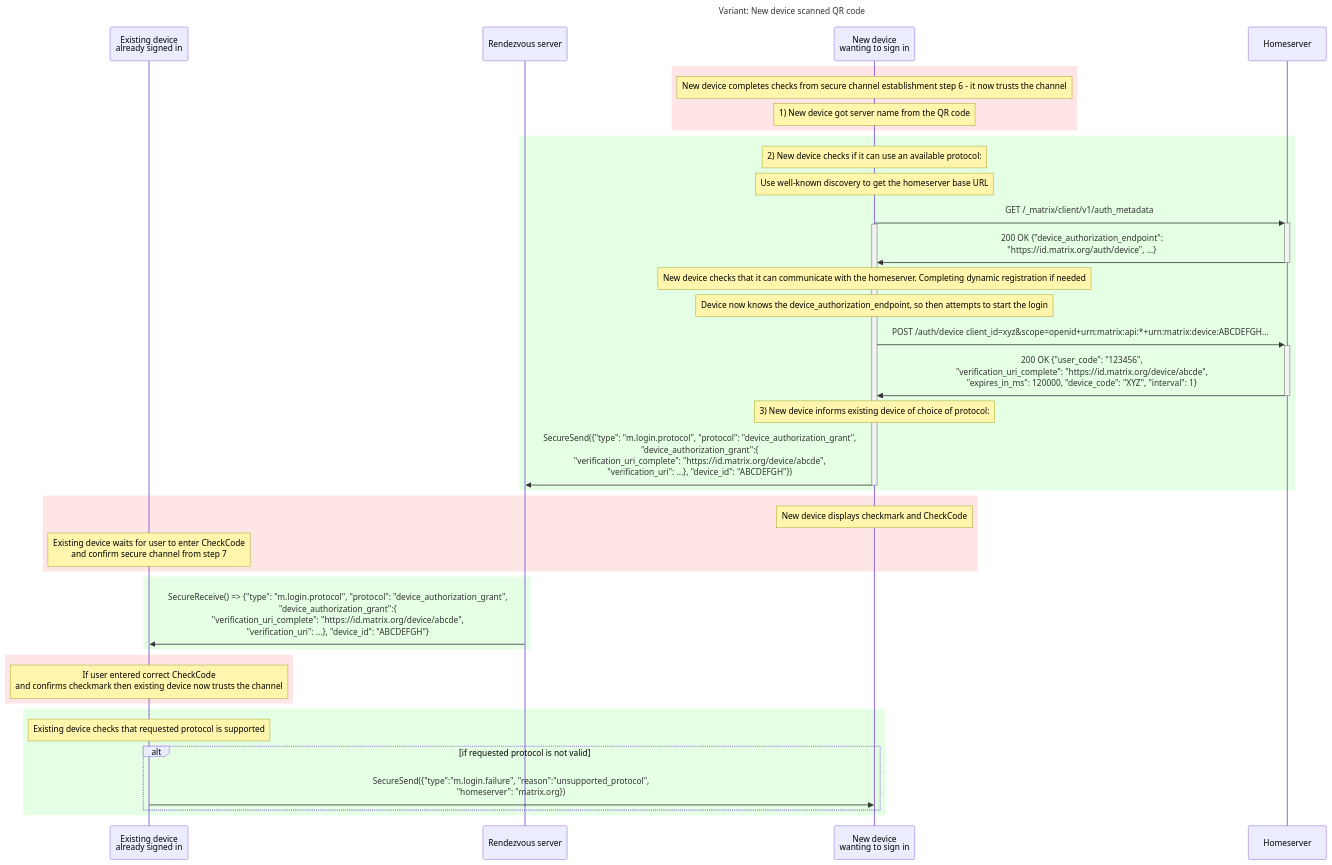
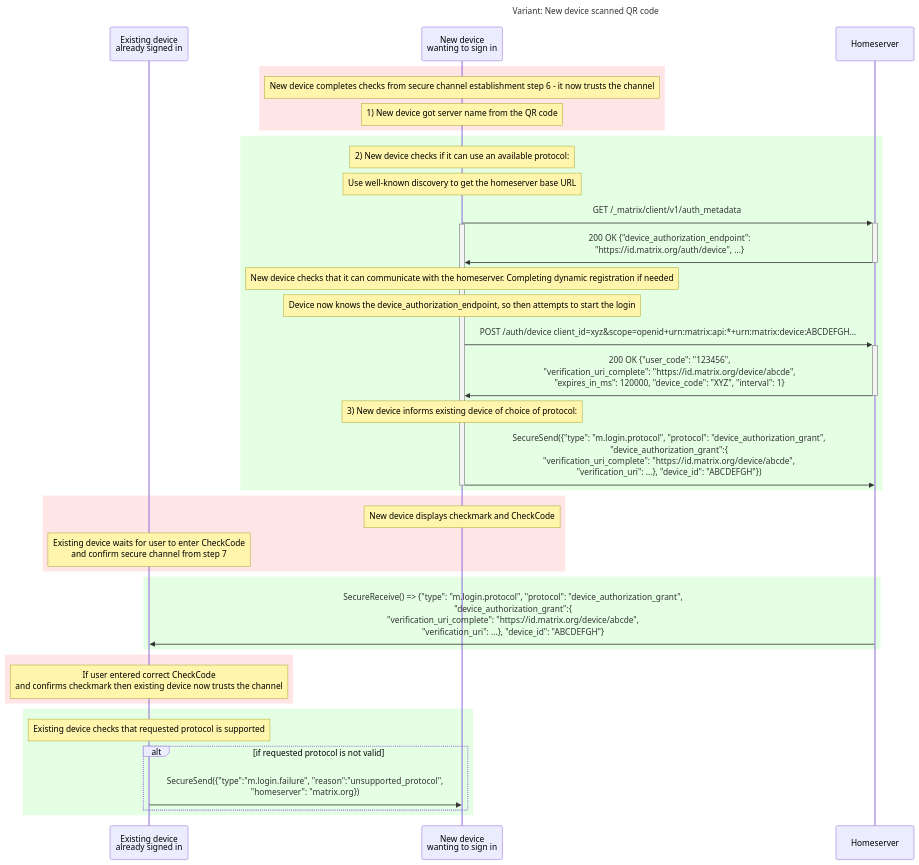
Before and after one commit to matrix-org/matrix-spec-proposals: the third of 6 diagrams in proposals/4108-oidc-qr-login.md, drawn with Mermaid. The commit also changed other lines of this file, not shown here.

Commit message:
Remove further references to rendezvous server

````diff
--- a/proposals/4108-oidc-qr-login.md
+++ b/proposals/4108-oidc-qr-login.md
@@ -815,65 +815,64 @@
 ```mermaid
 sequenceDiagram
     title: Variant: New device scanned QR code
     participant E as Existing device <br>already signed in
-    participant Z as Rendezvous server
     participant N as New device <br>wanting to sign in
     participant HS as Homeserver
 
 
     rect rgba(255,0,0, 0.1)
     #alt if New device scanned QR code
         note over N: New device completes checks from secure channel establishment step 6 - it now trusts the channel
         note over N: 1) New device got server name from the QR code
 
     #else if Existing device scanned QR code
     #    note over E: Existing device completes step 6
     #    note over E: Existing device displays checkmark and CheckCode
     #    note over E: 1) Existing device sends m.login.protocols message
-    #    E->>Z: SecureSend({"type":"m.login.protocols", "protocols":["device_authorization_grant],<br> "homeserver": "matrix.org"})
+    #    E->>HS: SecureSend({"type":"m.login.protocols", "protocols":["device_authorization_grant],<br> "homeserver": "matrix.org"})
     #    note over N: New device waits for user to confirm secure channel from step 7
-    #    Z->>N: SecureReceive() => {"type":"m.login.protocols", "protocols":["device_authorization_grant],<br> "homeserver": "matrix.org"}
+    #    HS->>N: SecureReceive() => {"type":"m.login.protocols", "protocols":["device_authorization_grant],<br> "homeserver": "matrix.org"}
     #    note over N: If user enters the correct CheckCode and confirms checkmark<br>then new device now trusts the channel, and uses the homeserver provided
     end
 
 
     rect rgba(0,255,0, 0.1)
     note over N: 2) New device checks if it can use an available protocol:
     note over N: Use well-known discovery to get the homeserver base URL
         N->>+HS: GET /_matrix/client/v1/auth_metadata
     activate N
         HS->>-N: 200 OK {"device_authorization_endpoint":<br> "https://id.matrix.org/auth/device", ...}
         Note over N: New device checks that it can communicate with the homeserver. Completing dynamic registration if needed
         Note over N: Device now knows the device_authorization_endpoint, so then attempts to start the login
         N->>+HS: POST /auth/device client_id=xyz&scope=openid+urn:matrix:api:*+urn:matrix:device:ABCDEFGH...
         HS->>-N: 200 OK {"user_code": "123456",<br>"verification_uri_complete": "https://id.matrix.org/device/abcde",<br>"expires_in_ms": 120000, "device_code": "XYZ", "interval": 1}
         note over N: 3) New device informs existing device of choice of protocol:
-        N->>Z: SecureSend({"type": "m.login.protocol", "protocol": "device_authorization_grant",<br> "device_authorization_grant":{<br>"verification_uri_complete": "https://id.matrix.org/device/abcde",<br>"verification_uri": ...}, "device_id": "ABCDEFGH"})
+        N->>HS: SecureSend({"type": "m.login.protocol", "protocol": "device_authorization_grant",<br> "device_authorization_grant":{<br>"verification_uri_complete": "https://id.matrix.org/device/abcde",<br>"verification_uri": ...}, "device_id": "ABCDEFGH"})
 
     deactivate N
     end
 
     rect rgba(255,0,0, 0.1)
     # alt if New device scanned QR code
         note over N: New device displays checkmark and CheckCode
         note over E: Existing device waits for user to enter CheckCode<br>and confirm secure channel from step 7
     end
 
     rect rgba(0,255,0, 0.1)
-        Z->>E: SecureReceive() => {"type": "m.login.protocol", "protocol": "device_authorization_grant",<br> "device_authorization_grant":{<br>"verification_uri_complete": "https://id.matrix.org/device/abcde",<br>"verification_uri": ...}, "device_id": "ABCDEFGH"}
+        HS->>E: SecureReceive() => {"type": "m.login.protocol", "protocol": "device_authorization_grant",<br> "device_authorization_grant":{<br>"verification_uri_complete": "https://id.matrix.org/device/abcde",<br>"verification_uri": ...}, "device_id": "ABCDEFGH"}
     end
 
     rect rgba(255,0,0, 0.1)
     # alt if New device scanned QR code
         note over E: If user entered correct CheckCode<br>and confirms checkmark then existing device now trusts the channel
     end
 
 
     rect rgba(0,255,0, 0.1)
     note over E: Existing device checks that requested protocol is supported
 
     alt if requested protocol is not valid
         E->>N: SecureSend({"type":"m.login.failure", "reason":"unsupported_protocol",<br>"homeserver": "matrix.org})
     end
     end
 ```
````
